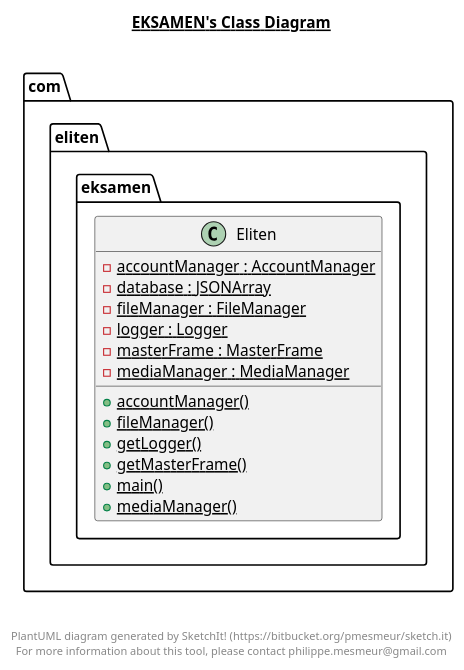
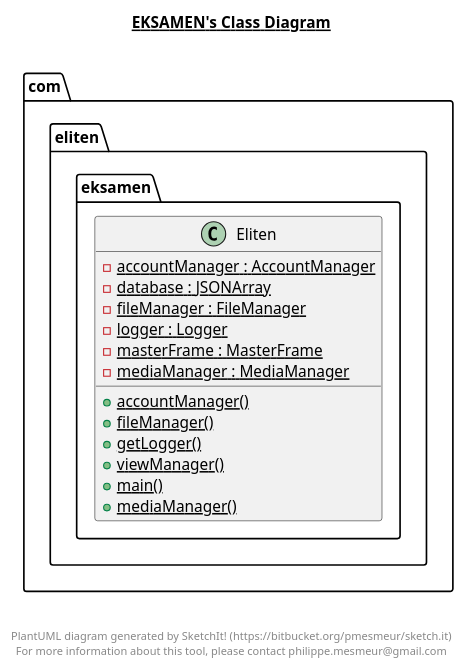
One commit to BE-CH/ITU-ExamProject2020-Streaming-Service changed the diagram in src/main/java/com/eliten/eksamen/eksamen.plantuml. Above: the diagram before and after it, drawn with PlantUML. The commit also changed 15 other files, not shown here.

```diff
--- a/src/main/java/com/eliten/eksamen/eksamen.plantuml
+++ b/src/main/java/com/eliten/eksamen/eksamen.plantuml
@@ -1,32 +1,32 @@
 @startuml
 
 title __EKSAMEN's Class Diagram__\n
 
   namespace com.eliten.eksamen {
     class com.eliten.eksamen.Eliten {
         {static} - accountManager : AccountManager
         {static} - database : JSONArray
         {static} - fileManager : FileManager
         {static} - logger : Logger
         {static} - masterFrame : MasterFrame
         {static} - mediaManager : MediaManager
         {static} + accountManager()
         {static} + fileManager()
         {static} + getLogger()
-        {static} + getMasterFrame()
+        {static} + viewManager()
         {static} + main()
         {static} + mediaManager()
     }
   }
   
 
 
 
 right footer
 
 
 PlantUML diagram generated by SketchIt! (https://bitbucket.org/pmesmeur/sketch.it)
 For more information about this tool, please contact philippe.mesmeur@gmail.com
 endfooter
 
 @enduml
```
